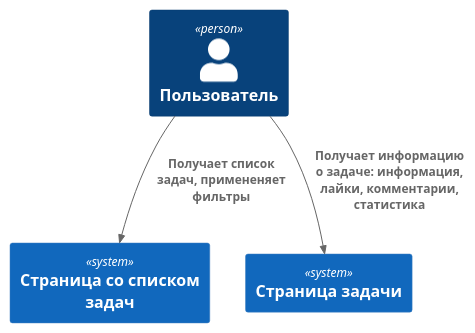
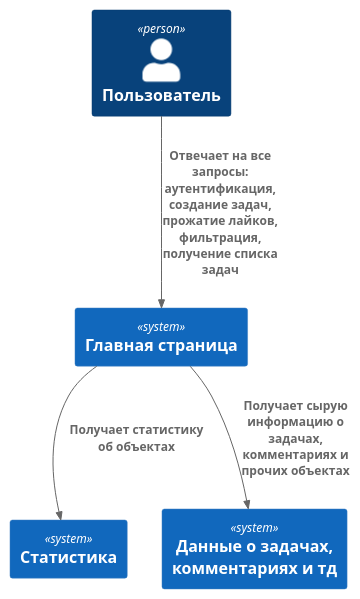
One commit to NDamirov/tracker changed the diagram in doc/context.puml. Above: the diagram before and after it, drawn with PlantUML. The commit also changed 5 other files, not shown here.

```diff
--- a/doc/context.puml
+++ b/doc/context.puml
@@ -1,11 +1,13 @@
 @startuml
 !include <C4/C4_Context>
 
 Person(user, "Пользователь")
 
-System(list, "Страница со списком задач")
-System(task, "Страница задачи")
+System(main, "Главная страница")
+System(stats, "Статистика")
+System(data, "Данные о задачах, комментариях и тд")
 
-Rel(user, list, "Получает список задач, примененяет фильтры")
-Rel(user, task, "Получает информацию о задаче: информация, лайки, комментарии, статистика")
+Rel(user, main, "Отвечает на все запросы: аутентификация, создание задач, прожатие лайков, фильтрация, получение списка задач")
+Rel(main, data, "Получает сырую информацию о задачах, комментариях и прочих объектах")
+Rel(main, stats, "Получает статистику об объектах")
 @enduml
```
